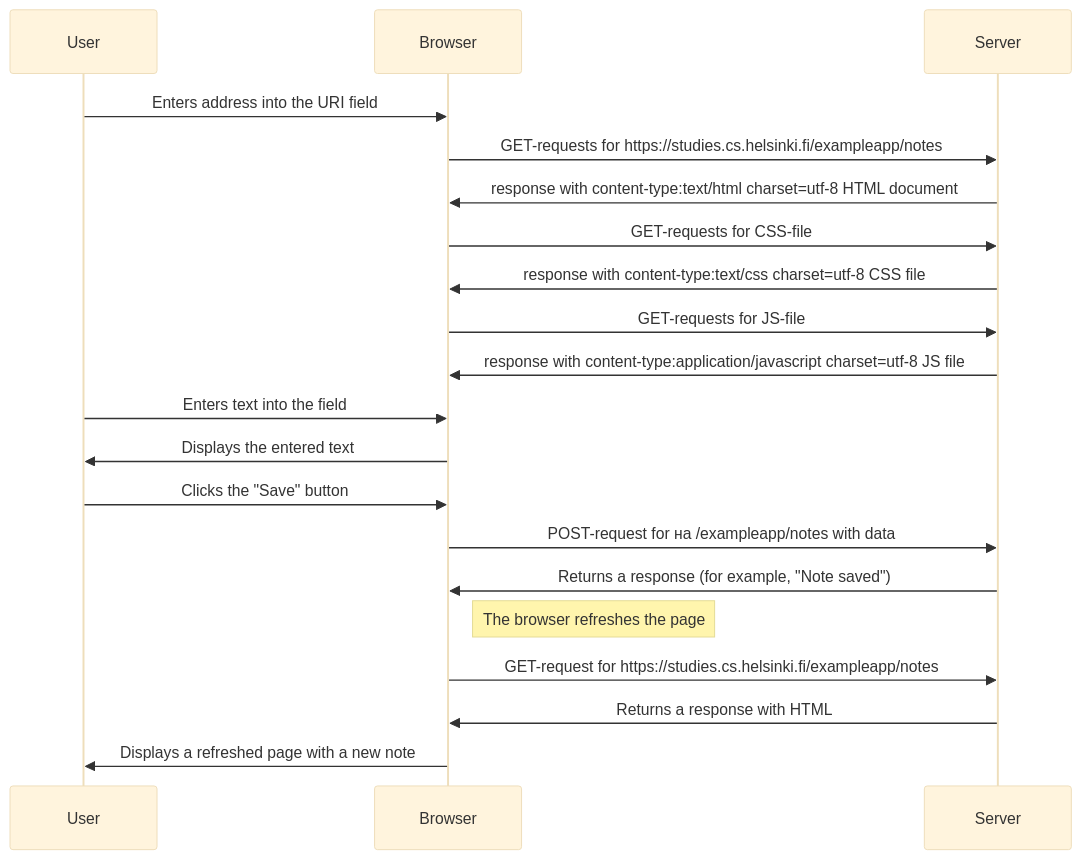
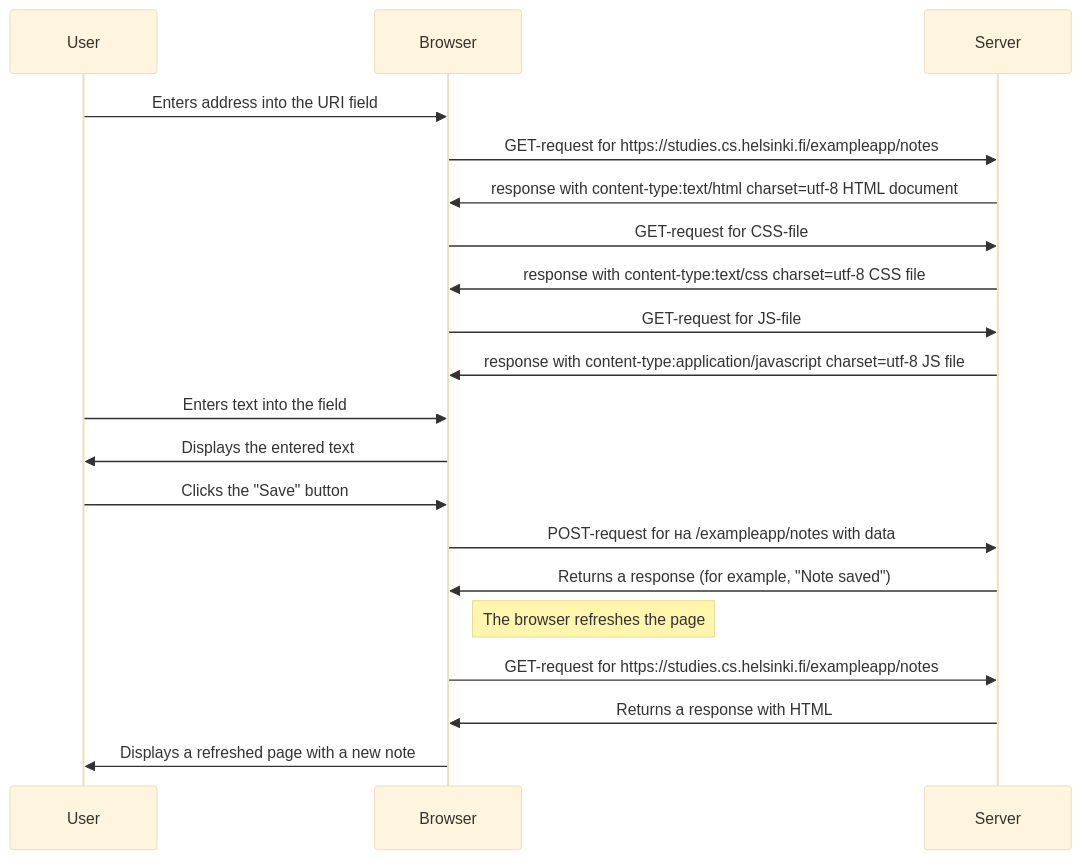
The diagram in README.md (iFrodo/fullstackopen), drawn with Mermaid (base theme) before and after one commit.

````diff
--- a/README.md
+++ b/README.md
@@ -1,31 +1,31 @@
 ``` mermaid
 sequenceDiagram
     participant User
     participant Browser
     participant Server
 
     User->>Browser: Enters address into the URI field
 
-    Browser->>Server: GET-requests for https://studies.cs.helsinki.fi/exampleapp/notes
+    Browser->>Server: GET-request for https://studies.cs.helsinki.fi/exampleapp/notes
     Server->>Browser: response  with content-type:text/html charset=utf-8 HTML document 
 
-    Browser->>Server: GET-requests for CSS-file
+    Browser->>Server: GET-request for CSS-file
     Server->>Browser: response with content-type:text/css charset=utf-8 CSS file
 
-    Browser->>Server: GET-requests for JS-file
+    Browser->>Server: GET-request for JS-file
     Server->>Browser: response with content-type:application/javascript charset=utf-8 JS file
 
     User->>Browser: Enters text into the field
     Browser->>User: Displays the entered text
 
     User->>Browser: Clicks the "Save" button
     Browser->>Server: POST-request for на /exampleapp/notes with data
     Server->>Browser: Returns a response (for example, "Note saved")
 
     Note right of Browser: The browser refreshes the page
     Browser->>Server: GET-request for https://studies.cs.helsinki.fi/exampleapp/notes
     Server->>Browser: Returns a response with HTML
     Browser->>User: Displays a refreshed page with a new note
 
 
 ```
````
